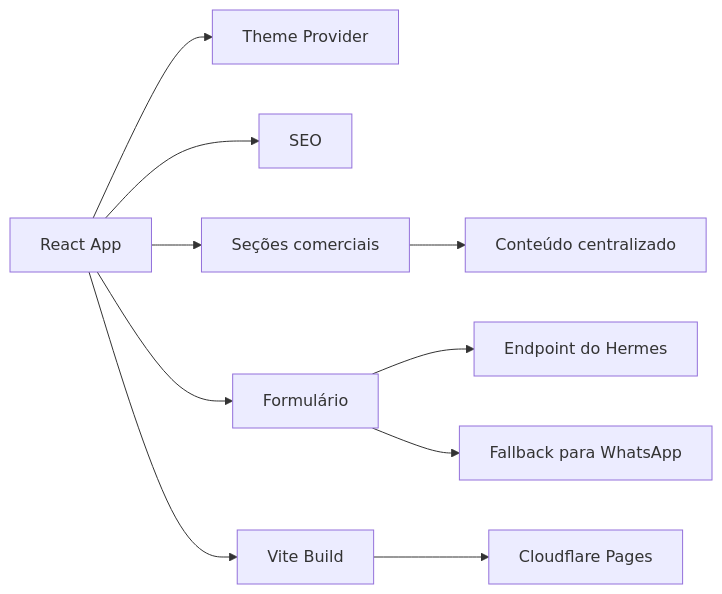
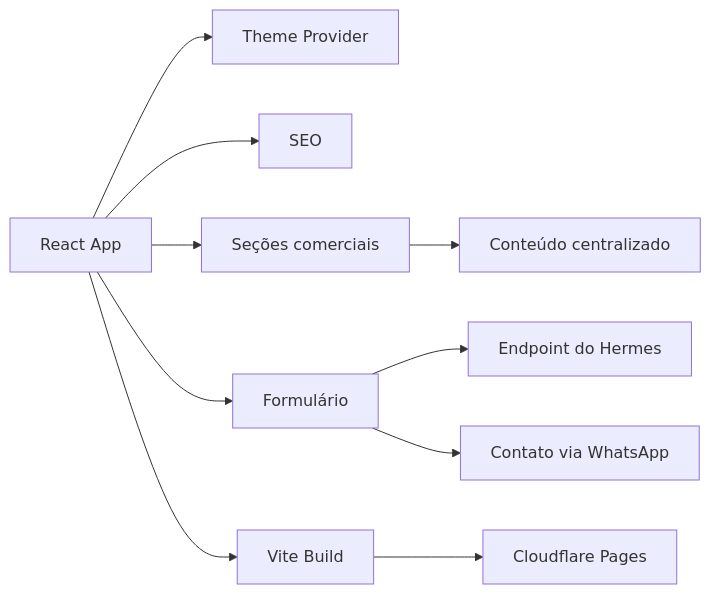
Before and after one commit to g4brielbr4sil/barthy-web-studio: the second of 2 diagrams in README.md, drawn with Mermaid. The commit also changed other lines of this file, not shown here.

````diff
--- a/README.md
+++ b/README.md
@@ -114,14 +111,14 @@
 ```mermaid
 flowchart LR
     APP[React App] --> THEME[Theme Provider]
     APP --> SEO[SEO]
     APP --> CONTENT[Seções comerciais]
     APP --> FORM[Formulário]
 
     CONTENT --> DATA[Conteúdo centralizado]
     FORM --> HERMES[Endpoint do Hermes]
-    FORM --> WHATSAPP[Fallback para WhatsApp]
+    FORM --> WHATSAPP[Contato via WhatsApp]
 
     APP --> BUILD[Vite Build]
     BUILD --> CF[Cloudflare Pages]
 ```
````
